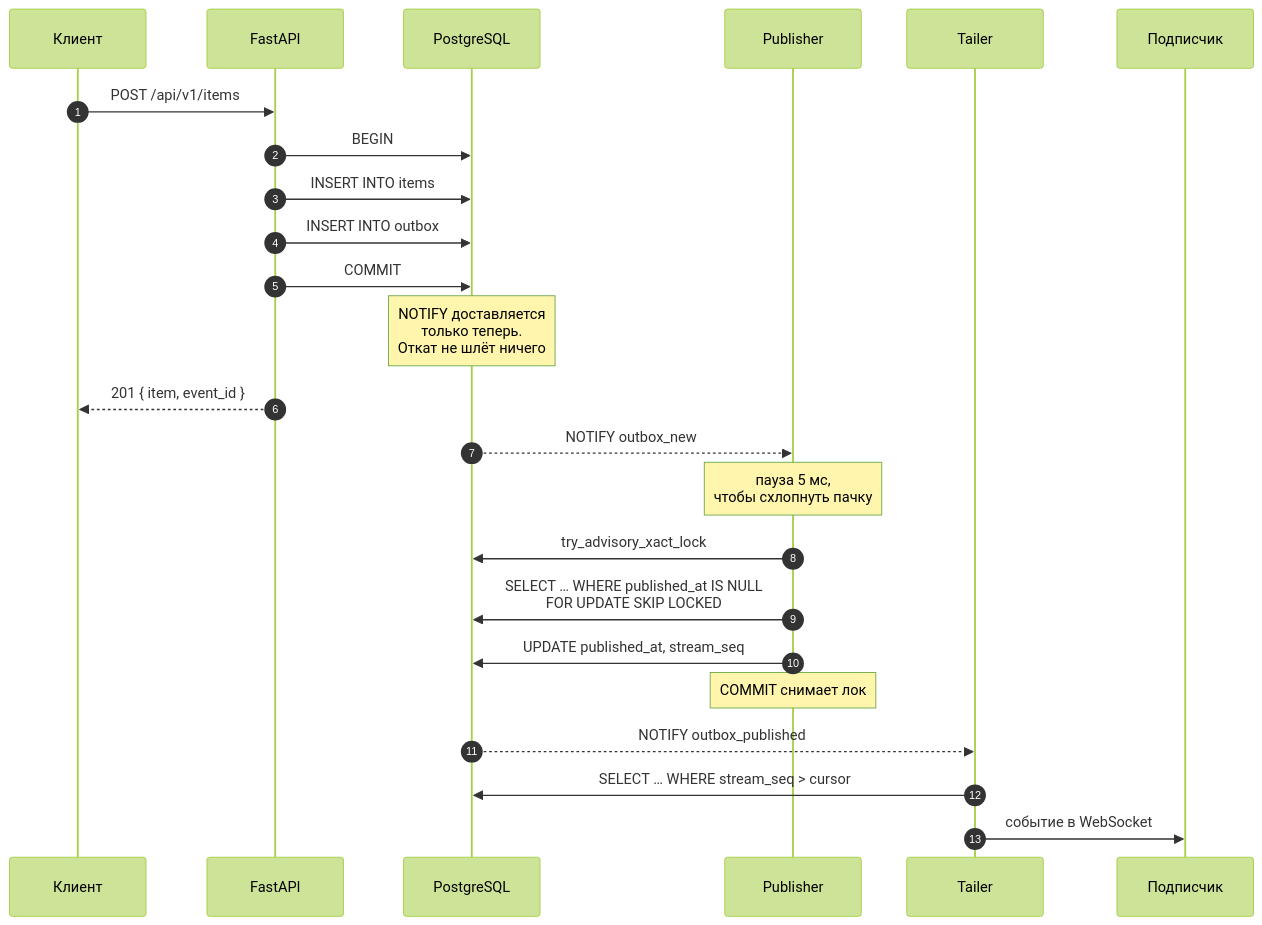
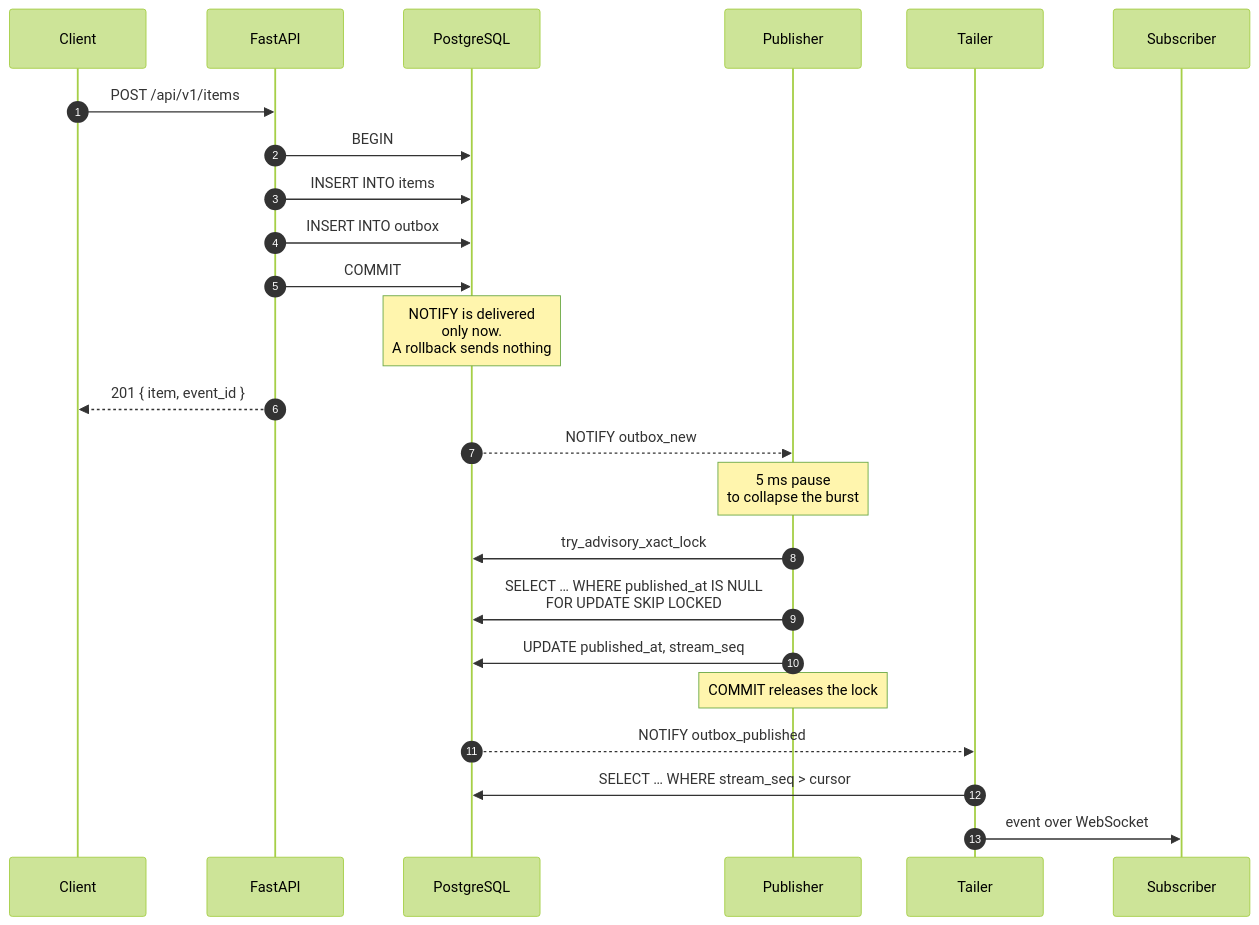
One commit to GogoLlll/Fastapi-cdc-service changed the second of 6 diagrams in docs/ARCHITECTURE.md. Above: the diagram before and after it, drawn with Mermaid (forest theme). The commit also changed other lines of this file and 1 other file, not shown here.

Commit message:
update readme and architecture

````diff
--- a/docs/ARCHITECTURE.md
+++ b/docs/ARCHITECTURE.md
@@ -55,29 +55,29 @@
 ```mermaid
 sequenceDiagram
     autonumber
-    participant C as Клиент
+    participant C as Client
     participant A as FastAPI
     participant DB as PostgreSQL
     participant P as Publisher
     participant T as Tailer
-    participant S as Подписчик
+    participant S as Subscriber
 
     C->>A: POST /api/v1/items
     A->>DB: BEGIN
     A->>DB: INSERT INTO items
     A->>DB: INSERT INTO outbox
     A->>DB: COMMIT
-    Note over DB: NOTIFY доставляется<br/>только теперь.<br/>Откат не шлёт ничего
+    Note over DB: NOTIFY is delivered<br/>only now.<br/>A rollback sends nothing
     A-->>C: 201 { item, event_id }
 
     DB-->>P: NOTIFY outbox_new
-    Note over P: пауза 5 мс,<br/>чтобы схлопнуть пачку
+    Note over P: 5 ms pause<br/>to collapse the burst
     P->>DB: try_advisory_xact_lock
     P->>DB: SELECT … WHERE published_at IS NULL<br/>FOR UPDATE SKIP LOCKED
     P->>DB: UPDATE published_at, stream_seq
-    Note over P: COMMIT снимает лок
+    Note over P: COMMIT releases the lock
 
     DB-->>T: NOTIFY outbox_published
     T->>DB: SELECT … WHERE stream_seq > cursor
-    T->>S: событие в WebSocket
+    T->>S: event over WebSocket
 ```
````
